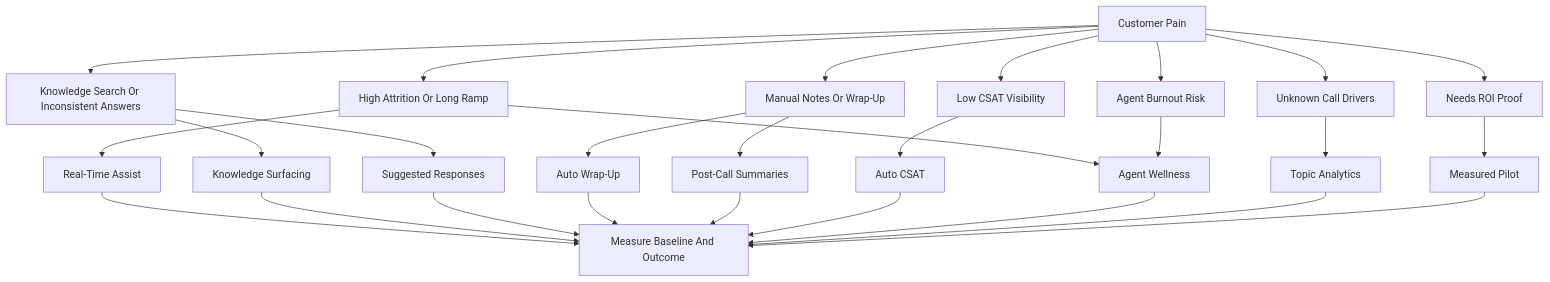
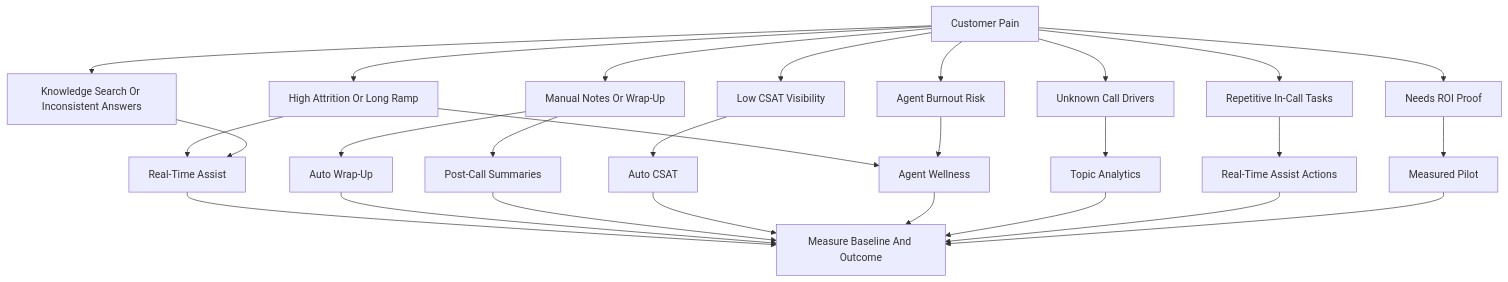
The second of 11 diagrams in AI_CookBook/ai-assist-benefits3.md (WebexSamples/webex-ai-agents), drawn with Mermaid before and after one commit. The commit also changed other lines of this file, not shown here.

````diff
--- a/AI_CookBook/ai-assist-benefits3.md
+++ b/AI_CookBook/ai-assist-benefits3.md
@@ -53,31 +52,31 @@
 ```mermaid
 flowchart TD
     Start[Customer Pain] --> Ramp[High Attrition Or Long Ramp]
     Start --> Search[Knowledge Search Or Inconsistent Answers]
     Start --> Notes[Manual Notes Or Wrap-Up]
     Start --> CX[Low CSAT Visibility]
     Start --> Burnout[Agent Burnout Risk]
     Start --> Trends[Unknown Call Drivers]
+    Start --> Tasks[Repetitive In-Call Tasks]
     Start --> ROI[Needs ROI Proof]
 
     Ramp --> RTA[Real-Time Assist]
     Ramp --> Wellness[Agent Wellness]
-    Search --> Knowledge[Knowledge Surfacing]
-    Search --> Suggested[Suggested Responses]
+    Search --> RTA
     Notes --> Wrap[Auto Wrap-Up]
     Notes --> Summary[Post-Call Summaries]
     CX --> AutoCSAT[Auto CSAT]
     Burnout --> Wellness
     Trends --> Topic[Topic Analytics]
+    Tasks --> RTAA[Real-Time Assist Actions]
     ROI --> Pilot[Measured Pilot]
 
     RTA --> Metrics[Measure Baseline And Outcome]
-    Knowledge --> Metrics
-    Suggested --> Metrics
     Wrap --> Metrics
     Summary --> Metrics
     AutoCSAT --> Metrics
     Wellness --> Metrics
     Topic --> Metrics
+    RTAA --> Metrics
     Pilot --> Metrics
 ```
````
